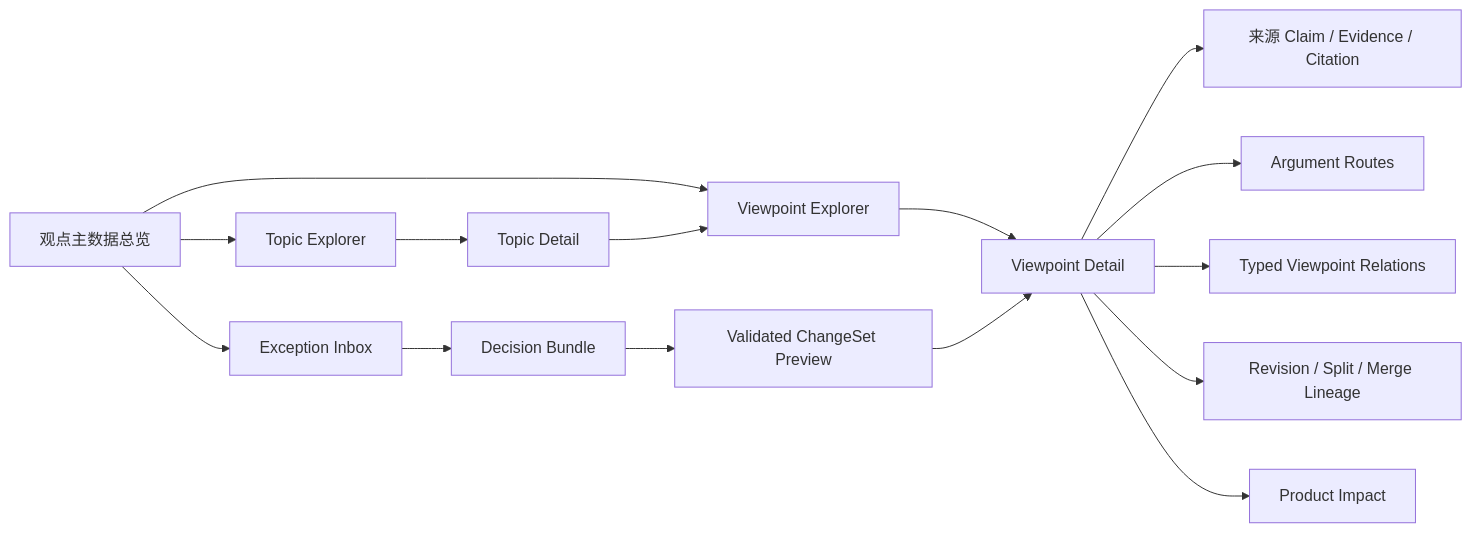
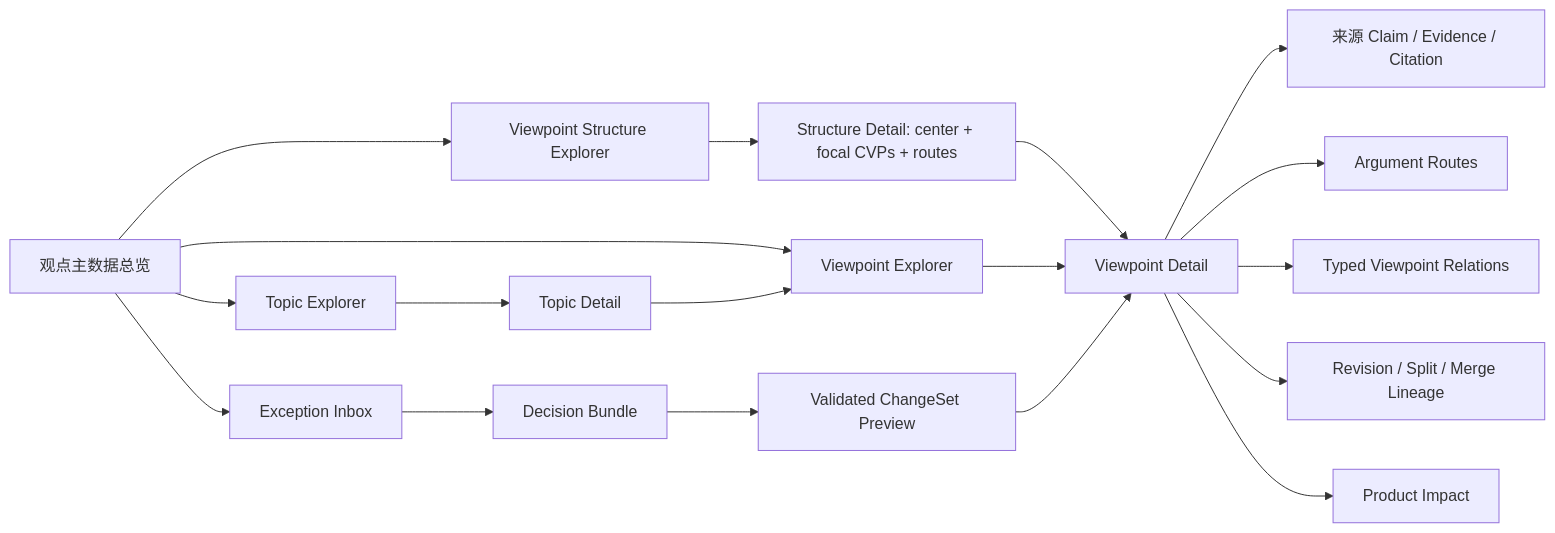
One commit to junyang168/smart-answer changed the ninth of 9 diagrams in docs/wang-knowledge-platform/canonical_viewpoint_registry_design_v1.md. Above: the diagram before and after it, drawn with Mermaid. The commit also changed other lines of this file, not shown here.

Commit message:
docs: adopt graph-first CVP resolution design

````diff
--- a/docs/wang-knowledge-platform/canonical_viewpoint_registry_design_v1.md
+++ b/docs/wang-knowledge-platform/canonical_viewpoint_registry_design_v1.md
@@ -2352,17 +2602,20 @@
 ```mermaid
 flowchart LR
     O["观点主数据总览"] --> E["Viewpoint Explorer"]
+    O --> VS["Viewpoint Structure Explorer"]
     O --> T["Topic Explorer"]
     O --> X["Exception Inbox"]
     T --> TD["Topic Detail"]
     TD --> E
+    VS --> VSD["Structure Detail: center + focal CVPs + routes"]
+    VSD --> D
     E --> D["Viewpoint Detail"]
     D --> S["来源 Claim / Evidence / Citation"]
     D --> R["Argument Routes"]
     D --> G["Typed Viewpoint Relations"]
     D --> L["Revision / Split / Merge Lineage"]
     D --> P["Product Impact"]
     X --> B["Decision Bundle"]
     B --> C["Validated ChangeSet Preview"]
     C --> D
 ```
````
